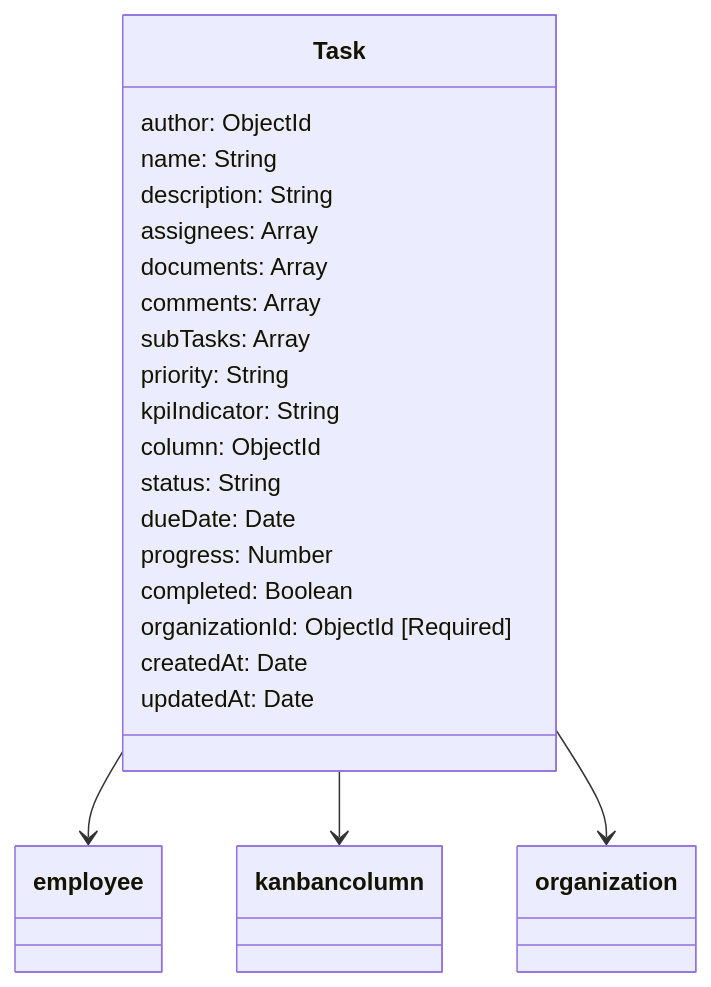
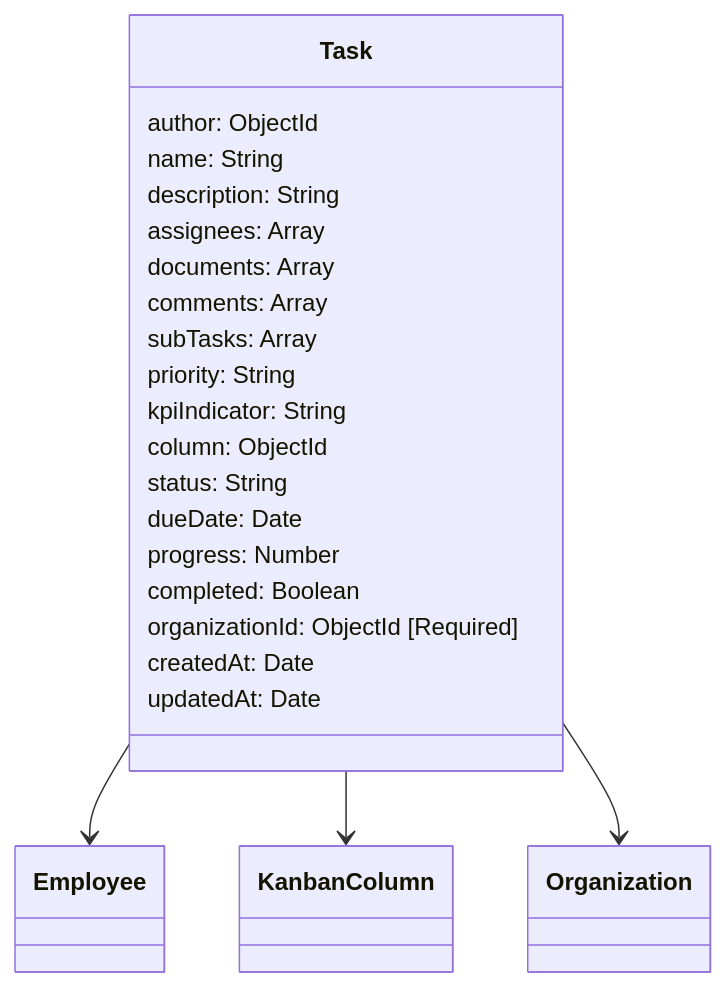
Before and after one commit to Budeshi-Products/workflowPadi-Schemas: the diagram in schema-visualizations/Task.mmd, drawn with Mermaid. The commit also changed 75 other files, not shown here.

```diff
--- a/schema-visualizations/Task.mmd
+++ b/schema-visualizations/Task.mmd
@@ -1,24 +1,24 @@
 classDiagram
   class Task {
     author: ObjectId
     name: String
     description: String
     assignees: Array
     documents: Array
     comments: Array
     subTasks: Array
     priority: String
     kpiIndicator: String
     column: ObjectId
     status: String
     dueDate: Date
     progress: Number
     completed: Boolean
     organizationId: ObjectId [Required]
     createdAt: Date
     updatedAt: Date
   }
 
-  Task --> employee
-  Task --> kanbancolumn
-  Task --> organization
+  Task --> Employee
+  Task --> KanbanColumn
+  Task --> Organization
```
